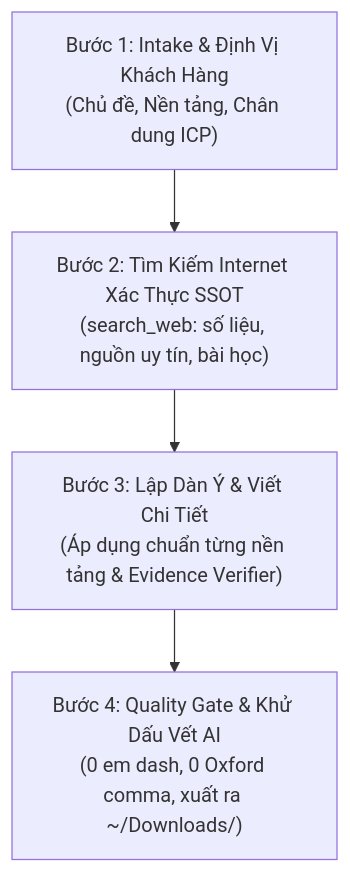
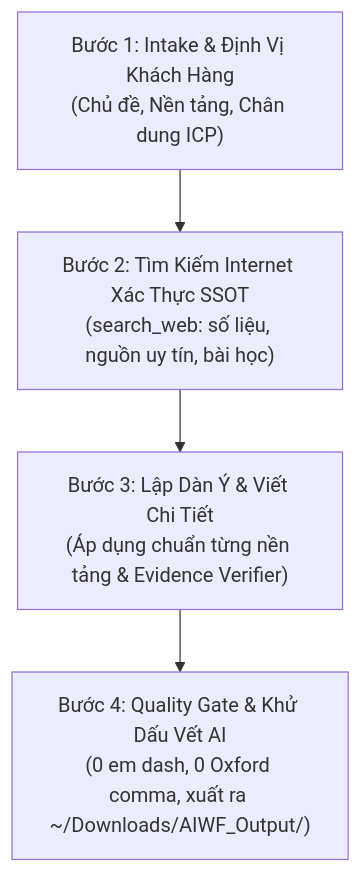
The diagram in .agents/skills/viet-bai/SKILL.md (bangluutru/ai-workforce), drawn with Mermaid before and after one commit. The commit also changed other lines of this file and 38 other files, not shown here.

First line of the commit message:
fix(output): standardize default output to ~/Downloads/AIWF_Output/

````diff
--- a/.agents/skills/viet-bai/SKILL.md
+++ b/.agents/skills/viet-bai/SKILL.md
@@ -59,6 +59,6 @@
 ```mermaid
 graph TD
     A["Bước 1: Intake & Định Vị Khách Hàng<br/>(Chủ đề, Nền tảng, Chân dung ICP)"] --> B["Bước 2: Tìm Kiếm Internet Xác Thực SSOT<br/>(search_web: số liệu, nguồn uy tín, bài học)"]
     B --> C["Bước 3: Lập Dàn Ý & Viết Chi Tiết<br/>(Áp dụng chuẩn từng nền tảng & Evidence Verifier)"]
-    C --> D["Bước 4: Quality Gate & Khử Dấu Vết AI<br/>(0 em dash, 0 Oxford comma, xuất ra ~/Downloads/)"]
+    C --> D["Bước 4: Quality Gate & Khử Dấu Vết AI<br/>(0 em dash, 0 Oxford comma, xuất ra ~/Downloads/AIWF_Output/)"]
 ```
````
